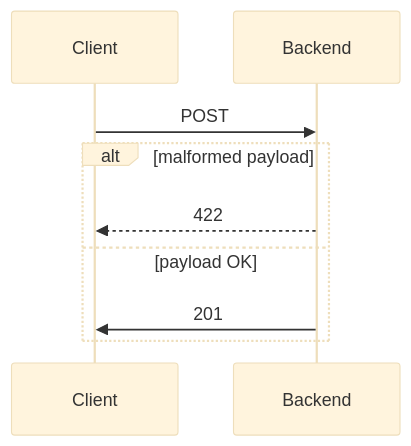
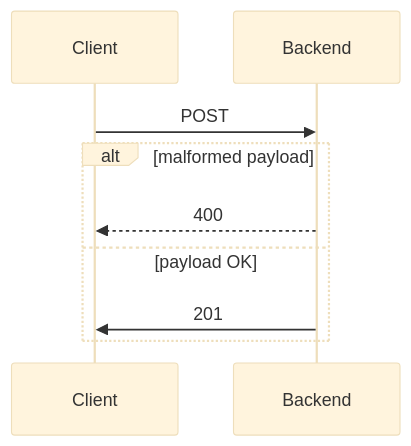
The diagram in ASP.NET/TransactionManagement/README.md (sauravdwivedi/Microservices), drawn with Mermaid (base theme) before and after one commit. The commit also changed other lines of this file, not shown here.

````diff
--- a/ASP.NET/TransactionManagement/README.md
+++ b/ASP.NET/TransactionManagement/README.md
@@ -11,11 +11,11 @@
 ```mermaid
 sequenceDiagram
     participant C as Client
     participant B as Backend
     C->>B: POST
     alt malformed payload
-        B-->>C: 422
+        B-->>C: 400
     else payload OK
         B->>C: 201
     end
 ```
````
